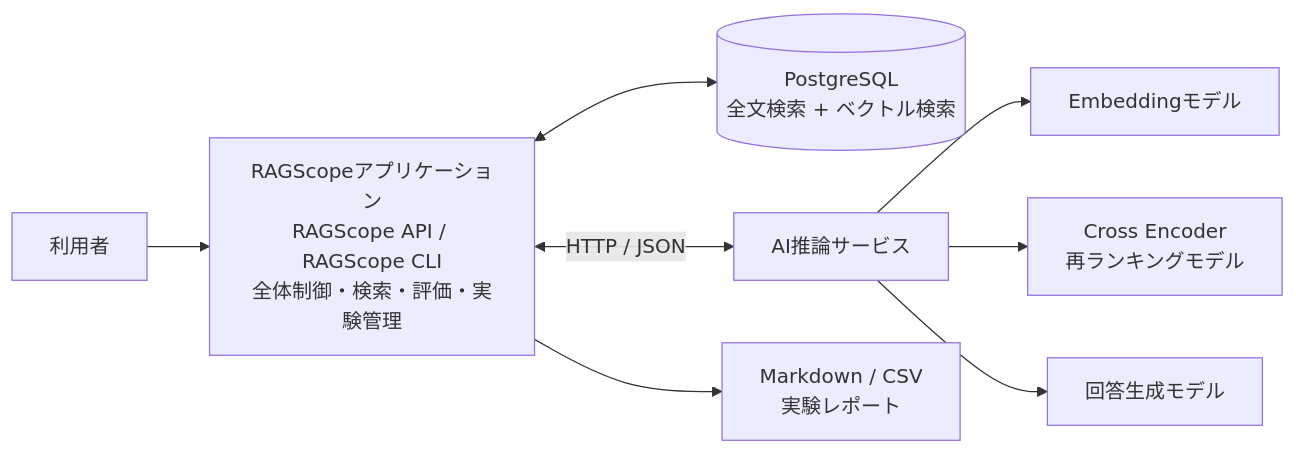
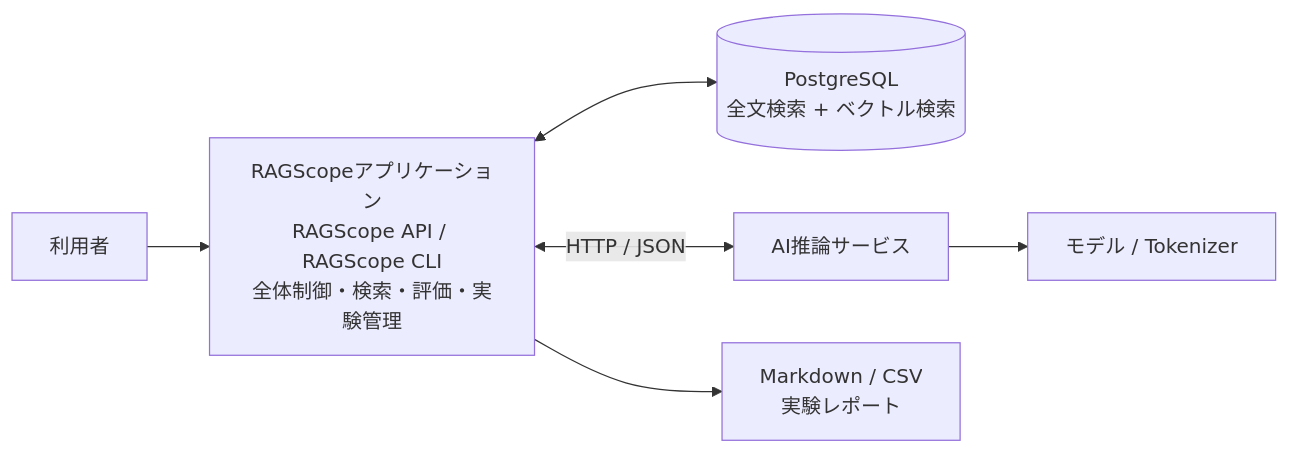
One commit to takashit16833/RAGScope changed the first of 4 diagrams in project-docs/design/システムアーキテクチャ.md. Above: the diagram before and after it, drawn with Mermaid. The commit also changed other lines of this file and 4 other files, not shown here.

````diff
--- a/project-docs/design/システムアーキテクチャ.md
+++ b/project-docs/design/システムアーキテクチャ.md
@@ -99,13 +83,10 @@
 ```mermaid
 flowchart LR
     User["利用者"] --> Application["RAGScopeアプリケーション<br>RAGScope API / RAGScope CLI<br>全体制御・検索・評価・実験管理"]
 
     Application <--> DB[("PostgreSQL<br>全文検索 + ベクトル検索")]
     Application <-->|HTTP / JSON| AI["AI推論サービス"]
 
-    AI --> Embedding["Embeddingモデル"]
-    AI --> Reranker["Cross Encoder<br>再ランキングモデル"]
-    AI --> Generation["回答生成モデル"]
-
+    AI --> Models["モデル / Tokenizer"]
     Application --> Report["Markdown / CSV<br>実験レポート"]
 ```
````
